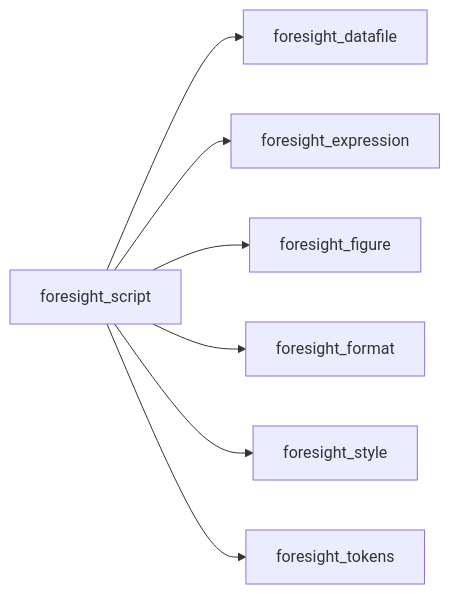
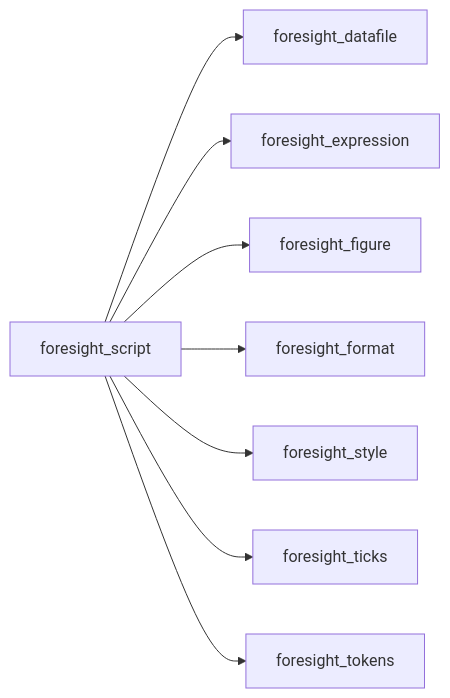
The first of 30 diagrams in docs/api/src/lib/foresight_script.md (szaghi/foresight), drawn with Mermaid before and after one commit. The commit also changed other lines of this file and 42 other files, not shown here.

````diff
--- a/docs/api/src/lib/foresight_script.md
+++ b/docs/api/src/lib/foresight_script.md
@@ -28,9 +32,10 @@
 ```mermaid
 graph LR
   foresight_script["foresight_script"] --> foresight_datafile["foresight_datafile"]
   foresight_script["foresight_script"] --> foresight_expression["foresight_expression"]
   foresight_script["foresight_script"] --> foresight_figure["foresight_figure"]
   foresight_script["foresight_script"] --> foresight_format["foresight_format"]
   foresight_script["foresight_script"] --> foresight_style["foresight_style"]
+  foresight_script["foresight_script"] --> foresight_ticks["foresight_ticks"]
   foresight_script["foresight_script"] --> foresight_tokens["foresight_tokens"]
 ```
````
